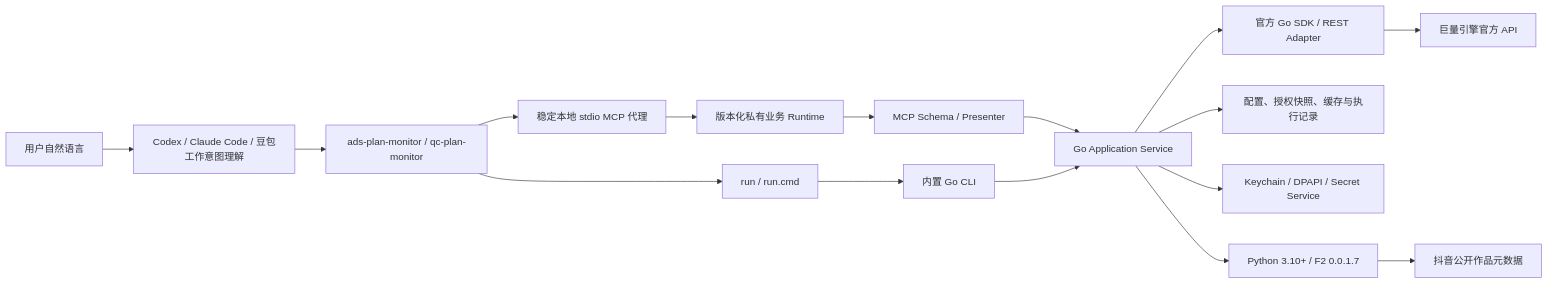
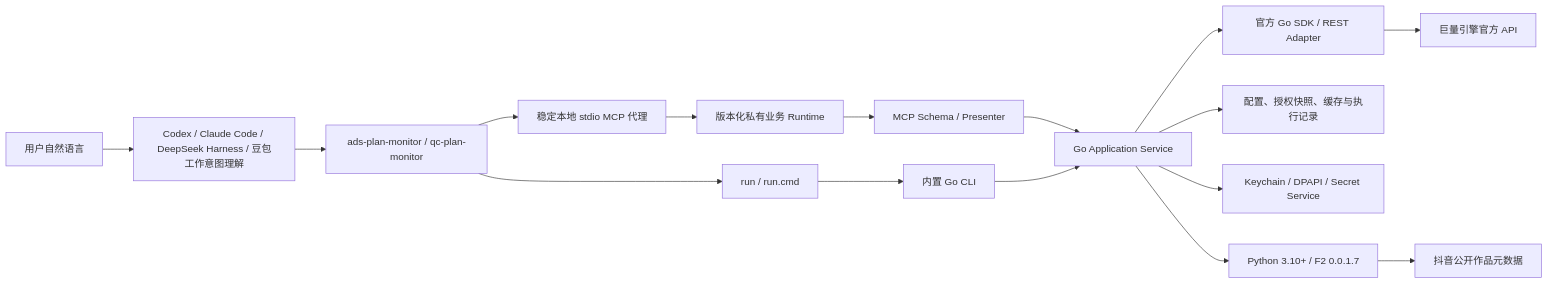
The diagram in docs/architecture.md (westng/ocean-watch), drawn with Mermaid before and after one commit. The commit also changed other lines of this file and 12 other files, not shown here.

````diff
--- a/docs/architecture.md
+++ b/docs/architecture.md
@@ -5,18 +5,18 @@
 ```mermaid
 flowchart LR
-    User["用户自然语言"] --> Host["Codex / Claude Code / 豆包工作意图理解"]
+    User["用户自然语言"] --> Host["Codex / Claude Code / DeepSeek Harness / 豆包工作意图理解"]
     Host --> Skill["ads-plan-monitor / qc-plan-monitor"]
     Skill --> MCP["稳定本地 stdio MCP 代理"]
     MCP --> Runtime["版本化私有业务 Runtime"]
     Runtime --> MCPPresenter["MCP Schema / Presenter"]
     MCPPresenter --> Application["Go Application Service"]
     Skill --> Launcher["run / run.cmd"]
     Launcher --> Go["内置 Go CLI"]
     Go --> Application
     Application --> SDK["官方 Go SDK / REST Adapter"]
     SDK --> API["巨量引擎官方 API"]
     Application --> State["配置、授权快照、缓存与执行记录"]
     Application --> Secrets["Keychain / DPAPI / Secret Service"]
     Application --> F2["Python 3.10+ / F2 0.0.1.7"]
     F2 --> Public["抖音公开作品元数据"]
 ```
````
